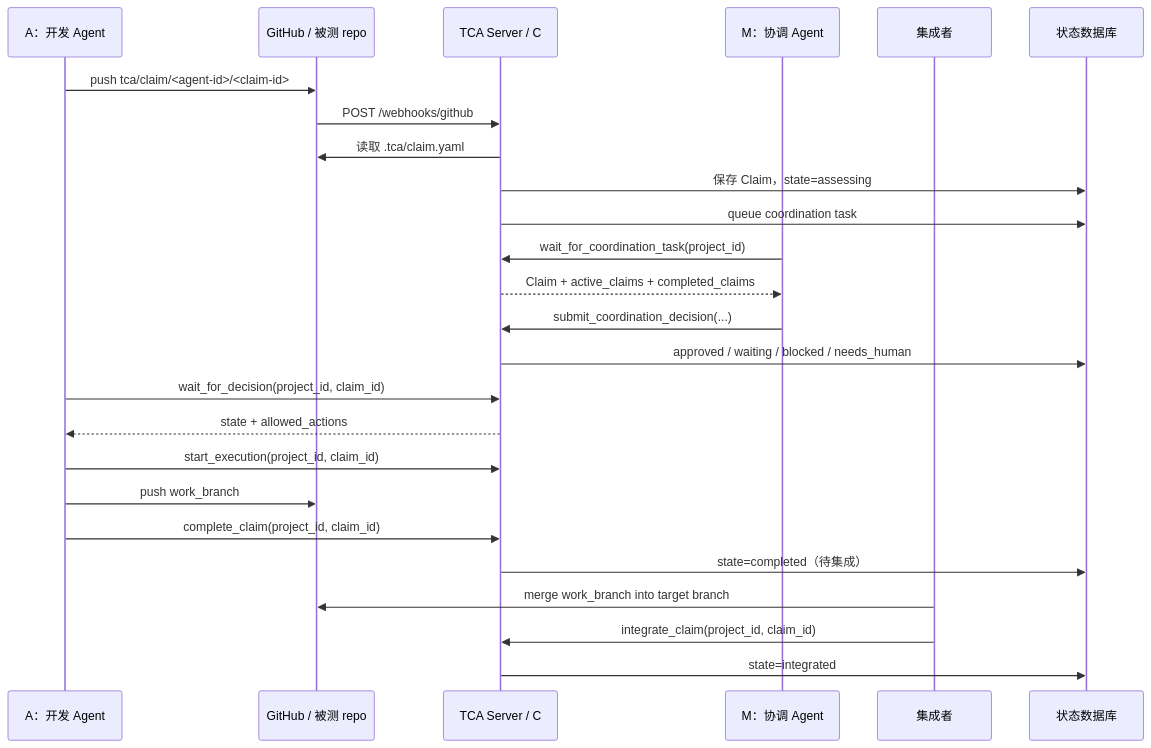
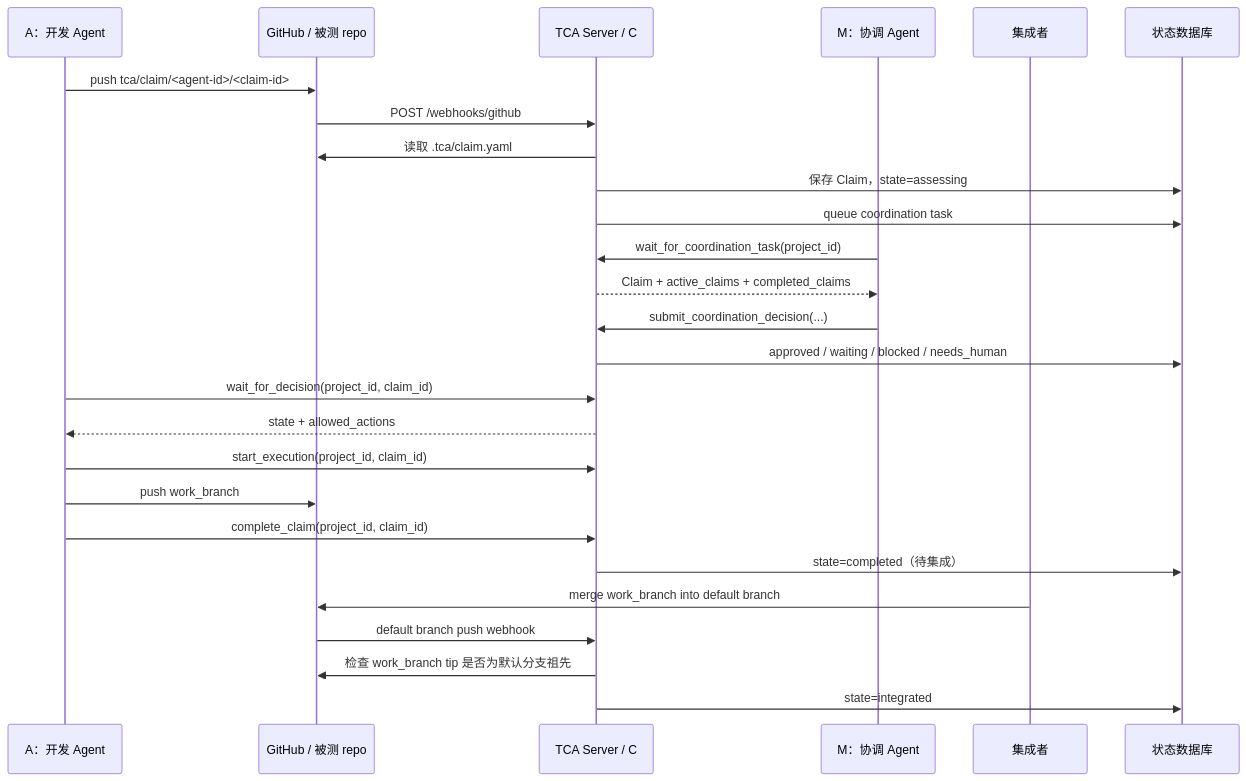
One commit to yigezong/tca changed the second of 2 diagrams in docs/tca-guide.md. Above: the diagram before and after it, drawn with Mermaid. The commit also changed other lines of this file and 13 other files, not shown here.

````diff
--- a/docs/tca-guide.md
+++ b/docs/tca-guide.md
@@ -45,28 +45,29 @@
 ```mermaid
 sequenceDiagram
     participant A as A：开发 Agent
     participant Git as GitHub / 被测 repo
     participant C as TCA Server / C
     participant M as M：协调 Agent
     participant I as 集成者
     participant DB as 状态数据库
 
     A->>Git: push tca/claim/<agent-id>/<claim-id>
     Git->>C: POST /webhooks/github
     C->>Git: 读取 .tca/claim.yaml
     C->>DB: 保存 Claim，state=assessing
     C->>DB: queue coordination task
     M->>C: wait_for_coordination_task(project_id)
     C-->>M: Claim + active_claims + completed_claims
     M->>C: submit_coordination_decision(...)
     C->>DB: approved / waiting / blocked / needs_human
     A->>C: wait_for_decision(project_id, claim_id)
     C-->>A: state + allowed_actions
     A->>C: start_execution(project_id, claim_id)
     A->>Git: push work_branch
     A->>C: complete_claim(project_id, claim_id)
     C->>DB: state=completed（待集成）
-    I->>Git: merge work_branch into target branch
-    I->>C: integrate_claim(project_id, claim_id)
+    I->>Git: merge work_branch into default branch
+    Git->>C: default branch push webhook
+    C->>Git: 检查 work_branch tip 是否为默认分支祖先
     C->>DB: state=integrated
 ```
````
